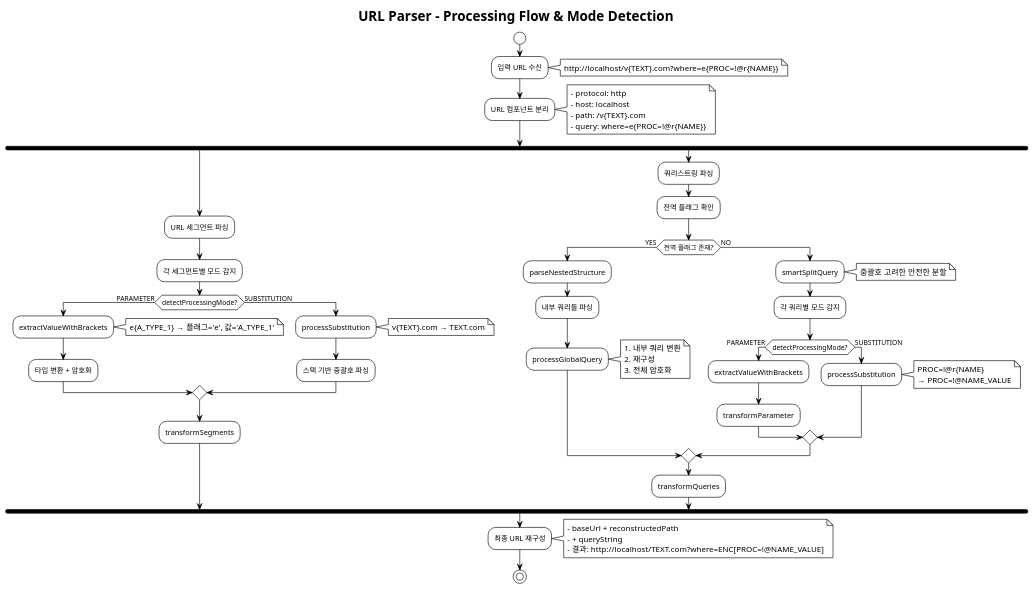
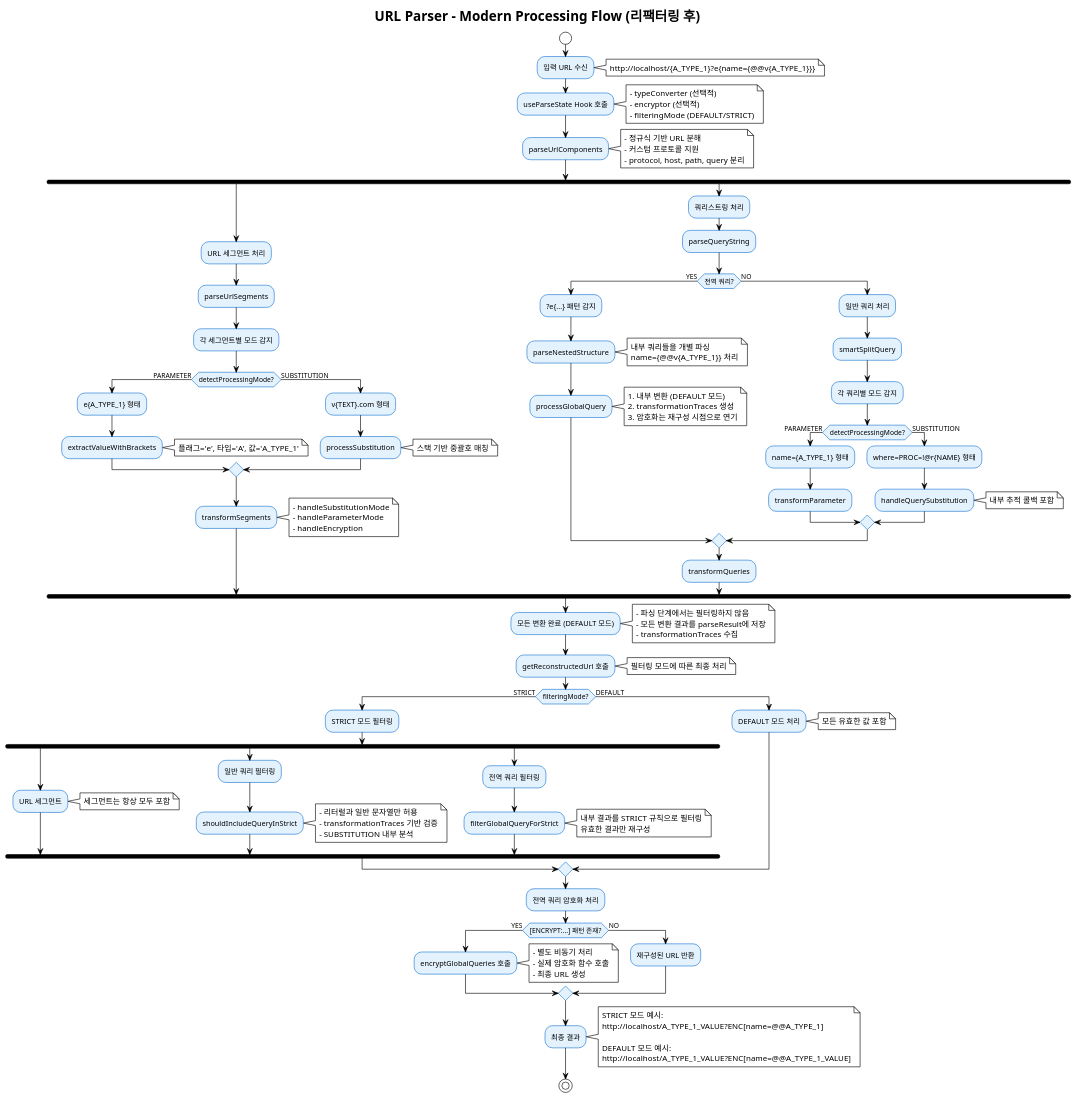
The diagram in docs/processing-flow.puml (masterhyuns/url-string-parser), drawn with PlantUML before and after one commit. The commit also changed 11 other files, not shown here.

```diff
--- a/docs/processing-flow.puml
+++ b/docs/processing-flow.puml
@@ -1,80 +1,150 @@
-@startuml Processing Flow Diagram
+@startuml Processing Flow Diagram - Updated
 !theme plain
 skinparam backgroundColor #FFFFFF
+skinparam activity {
+  BackgroundColor #E3F2FD
+  BorderColor #1976D2
+  FontName Arial
+}
 
-title URL Parser - Processing Flow & Mode Detection
+title URL Parser - Modern Processing Flow (리팩터링 후)
 
 start
 
 :입력 URL 수신;
-note right: http://localhost/v{TEXT}.com?where=e{PROC=!@r{NAME}}
+note right: http://localhost/{A_TYPE_1}?e{name={@@v{A_TYPE_1}}}
 
-:URL 컴포넌트 분리;
+:useParseState Hook 호출;
 note right
-  - protocol: http
-  - host: localhost
-  - path: /v{TEXT}.com
-  - query: where=e{PROC=!@r{NAME}}
+  - typeConverter (선택적)
+  - encryptor (선택적) 
+  - filteringMode (DEFAULT/STRICT)
+end note
+
+:parseUrlComponents;
+note right
+  - 정규식 기반 URL 분해
+  - 커스텀 프로토콜 지원
+  - protocol, host, path, query 분리
 end note
 
 fork
-  :URL 세그먼트 파싱;
+  :URL 세그먼트 처리;
+  :parseUrlSegments;
+  
   :각 세그먼트별 모드 감지;
-  
   if (detectProcessingMode?) then (PARAMETER)
+    :e{A_TYPE_1} 형태;
     :extractValueWithBrackets;
-    note right: e{A_TYPE_1} → 플래그='e', 값='A_TYPE_1'
-    :타입 변환 + 암호화;
+    note right: 플래그='e', 타입='A', 값='A_TYPE_1'
   else (SUBSTITUTION)
+    :v{TEXT}.com 형태;
     :processSubstitution;
-    note right: v{TEXT}.com → TEXT.com
-    :스택 기반 중괄호 파싱;
+    note right: 스택 기반 중괄호 매칭
   endif
   
   :transformSegments;
+  note right
+    - handleSubstitutionMode
+    - handleParameterMode
+    - handleEncryption
+  end note
 
 fork again
-  :쿼리스트링 파싱;
-  :전역 플래그 확인;
+  :쿼리스트링 처리;
+  :parseQueryString;
   
-  if (전역 플래그 존재?) then (YES)
+  if (전역 쿼리?) then (YES)
+    :?e{...} 패턴 감지;
     :parseNestedStructure;
-    :내부 쿼리들 파싱;
+    note right
+      내부 쿼리들을 개별 파싱
+      name={@@v{A_TYPE_1}} 처리
+    end note
     :processGlobalQuery;
     note right
-      1. 내부 쿼리 변환
-      2. 재구성
-      3. 전체 암호화
+      1. 내부 변환 (DEFAULT 모드)
+      2. transformationTraces 생성
+      3. 암호화는 재구성 시점으로 연기
     end note
   else (NO)
+    :일반 쿼리 처리;
     :smartSplitQuery;
-    note right: 중괄호 고려한 안전한 분할
     
     :각 쿼리별 모드 감지;
-    
     if (detectProcessingMode?) then (PARAMETER)
-      :extractValueWithBrackets;
+      :name={A_TYPE_1} 형태;
       :transformParameter;
     else (SUBSTITUTION)
-      :processSubstitution;
-      note right
-        PROC=!@r{NAME}
-        → PROC=!@NAME_VALUE
-      end note
+      :where=PROC=!@r{NAME} 형태;
+      :handleQuerySubstitution;
+      note right: 내부 추적 콜백 포함
     endif
   endif
   
   :transformQueries;
 
 end fork
 
-:최종 URL 재구성;
+:모든 변환 완료 (DEFAULT 모드);
 note right
-  - baseUrl + reconstructedPath
-  - + queryString
-  - 결과: http://localhost/TEXT.com?where=ENC[PROC=!@NAME_VALUE]
+  - 파싱 단계에서는 필터링하지 않음
+  - 모든 변환 결과를 parseResult에 저장
+  - transformationTraces 수집
+end note
+
+:getReconstructedUrl 호출;
+note right: 필터링 모드에 따른 최종 처리
+
+if (filteringMode?) then (STRICT)
+  :STRICT 모드 필터링;
+  
+  fork
+    :URL 세그먼트;
+    note right: 세그먼트는 항상 모두 포함
+  fork again
+    :일반 쿼리 필터링;
+    :shouldIncludeQueryInStrict;
+    note right
+      - 리터럴과 일반 문자열만 허용
+      - transformationTraces 기반 검증
+      - SUBSTITUTION 내부 분석
+    end note
+  fork again
+    :전역 쿼리 필터링;
+    :filterGlobalQueryForStrict;
+    note right
+      내부 결과를 STRICT 규칙으로 필터링
+      유효한 결과만 재구성
+    end note
+  end fork
+  
+else (DEFAULT)
+  :DEFAULT 모드 처리;
+  note right: 모든 유효한 값 포함
+endif
+
+:전역 쿼리 암호화 처리;
+if ([ENCRYPT:...] 패턴 존재?) then (YES)
+  :encryptGlobalQueries 호출;
+  note right
+    - 별도 비동기 처리
+    - 실제 암호화 함수 호출
+    - 최종 URL 생성
+  end note
+else (NO)
+  :재구성된 URL 반환;
+endif
+
+:최종 결과;
+note right
+  STRICT 모드 예시:
+  http://localhost/A_TYPE_1_VALUE?ENC[name=@@A_TYPE_1]
+  
+  DEFAULT 모드 예시:
+  http://localhost/A_TYPE_1_VALUE?ENC[name=@@A_TYPE_1_VALUE]
 end note
 
 stop
 
 @enduml
```
